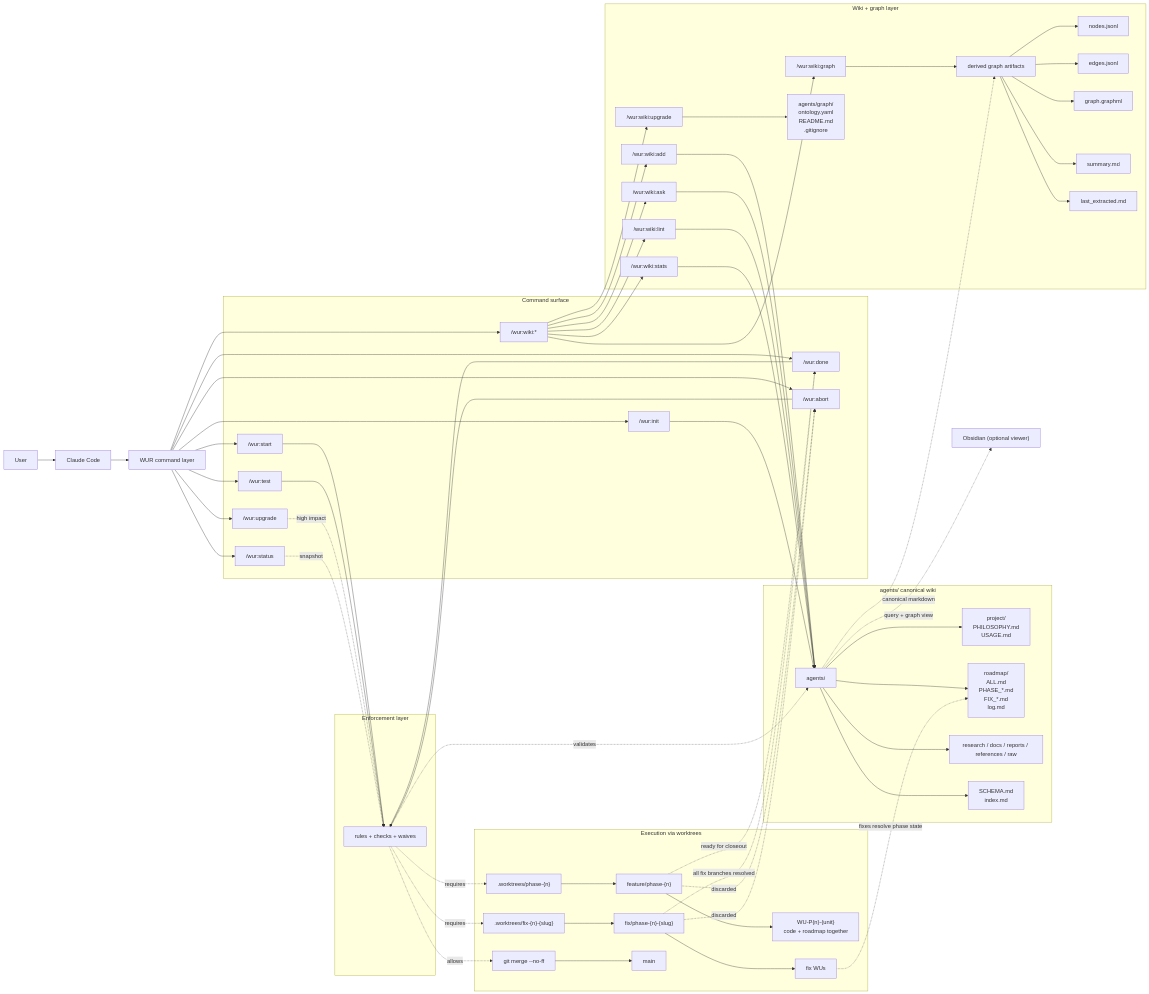
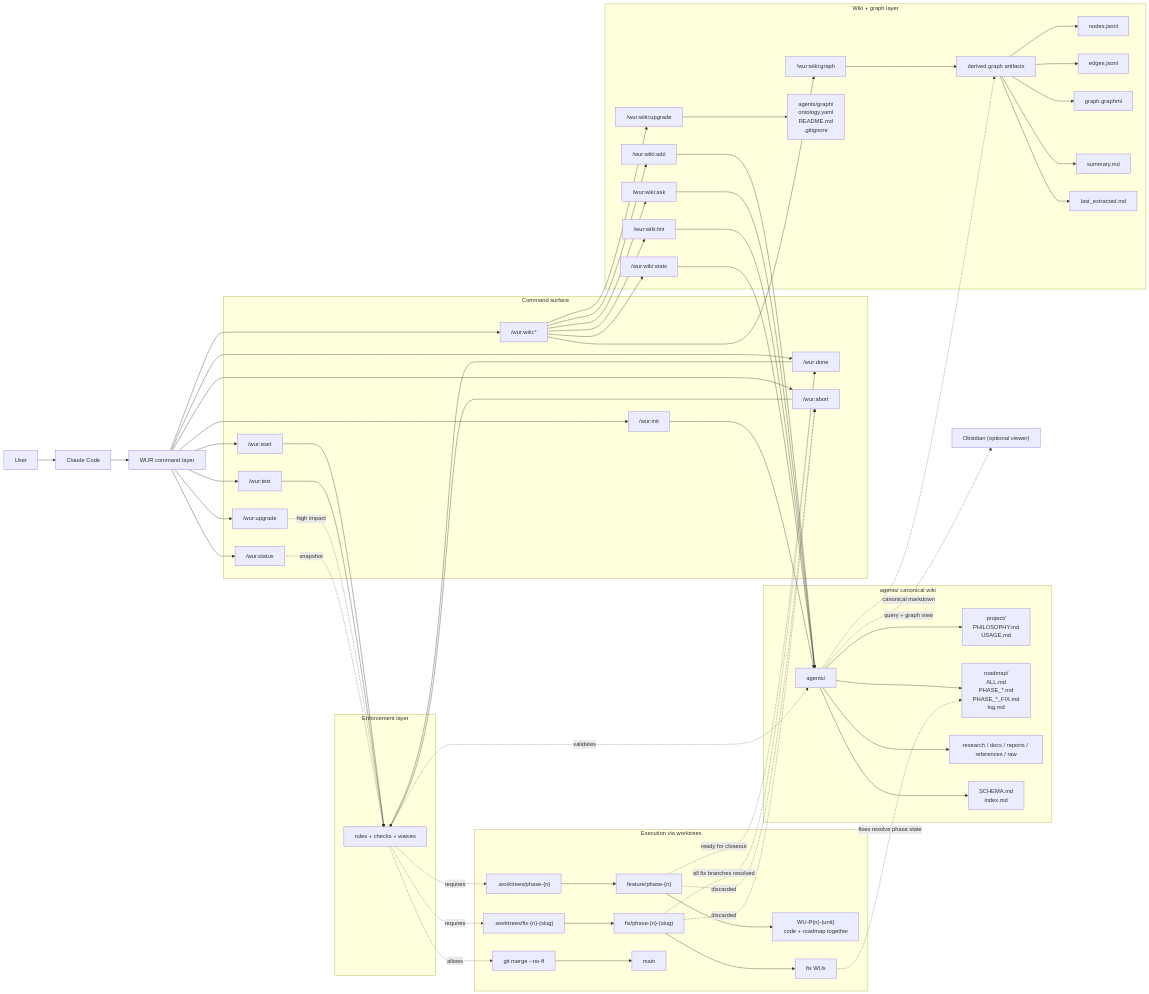
One commit to truong170201/work-unit-roadmap changed the diagram in README.md. Above: the diagram before and after it, drawn with Mermaid. The commit also changed other lines of this file and 18 other files, not shown here.

Commit message:
Fix closeout gating and consolidate fix ledger flow

```diff
--- a/README.md
+++ b/README.md
@@ -295,7 +298,7 @@
     subgraph AW["agents/ canonical wiki"]
         A["agents/"]
         P["project/<br/>PHILOSOPHY.md<br/>USAGE.md"]
-        R["roadmap/<br/>ALL.md<br/>PHASE_*.md<br/>FIX_*.md<br/>log.md"]
+        R["roadmap/<br/>ALL.md<br/>PHASE_*.md<br/>PHASE_*_FIX.md<br/>log.md"]
         K["research / docs / reports / references / raw"]
         X["SCHEMA.md<br/>index.md"]
 
```
